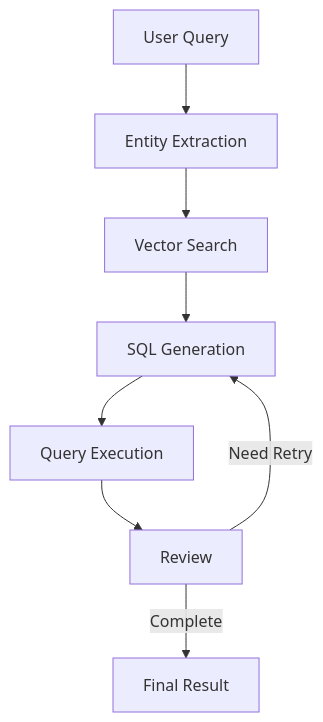
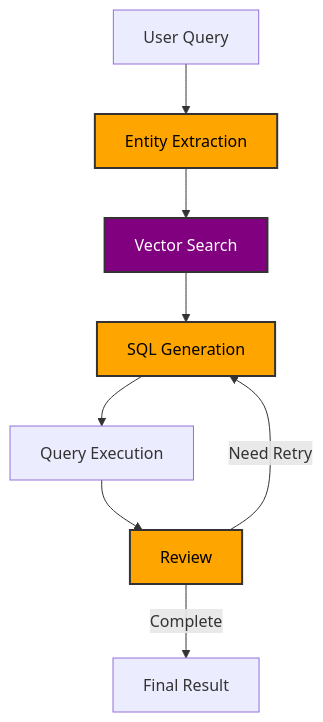
One commit to talibhussain5545/RAG_Runner changed the diagram in docs/agentic_nl2sql.md. Above: the diagram before and after it, drawn with Mermaid. The commit also changed 3 other files, not shown here.

````diff
--- a/docs/agentic_nl2sql.md
+++ b/docs/agentic_nl2sql.md
@@ -7,10 +7,15 @@
 ```mermaid
 graph TD
     A[User Query] --> B[Entity Extraction]
     B --> C[Vector Search]
     C --> D[SQL Generation]
     D --> E[Query Execution]
     E --> F[Review]
     F -->|Need Retry| D
     F -->|Complete| G[Final Result]
+    
+    classDef llm fill:#FFA500,stroke:#333,stroke-width:2px,color:#000;
+    classDef vector fill:#800080,stroke:#333,stroke-width:2px,color:#fff;
+    class B,D,F llm;
+    class C vector;
 ```
````
